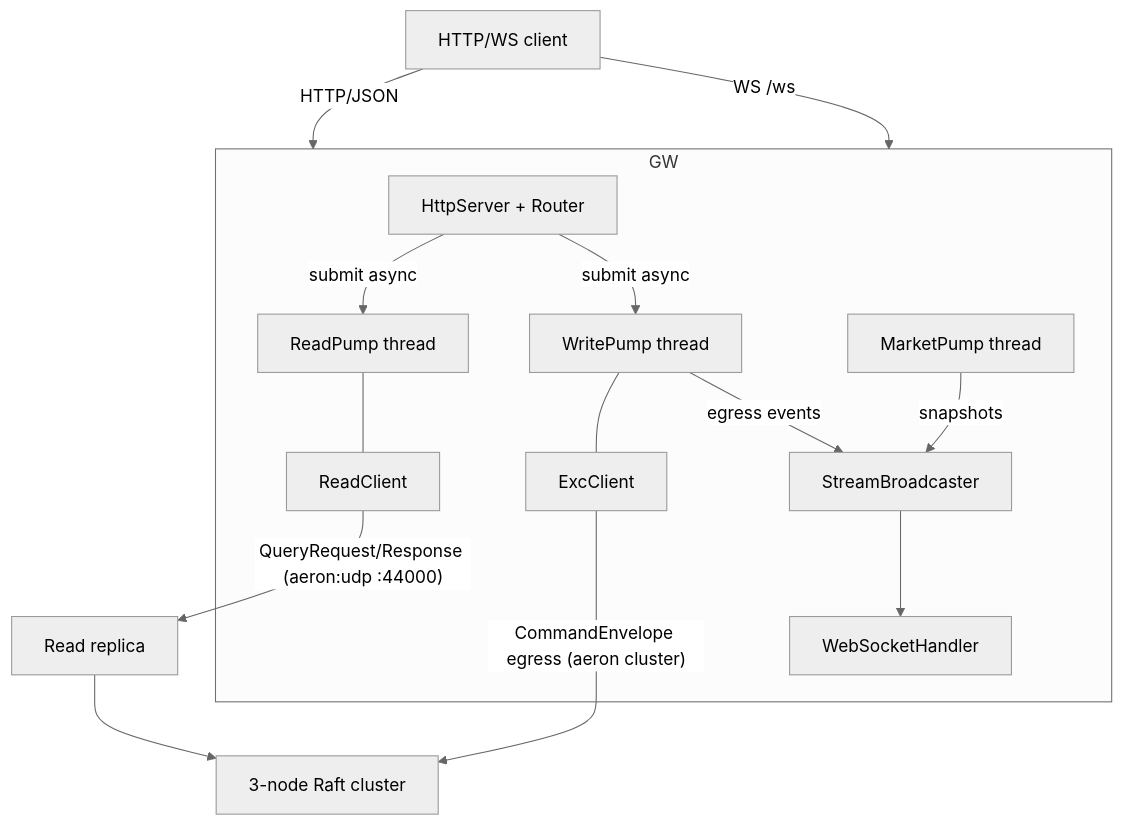
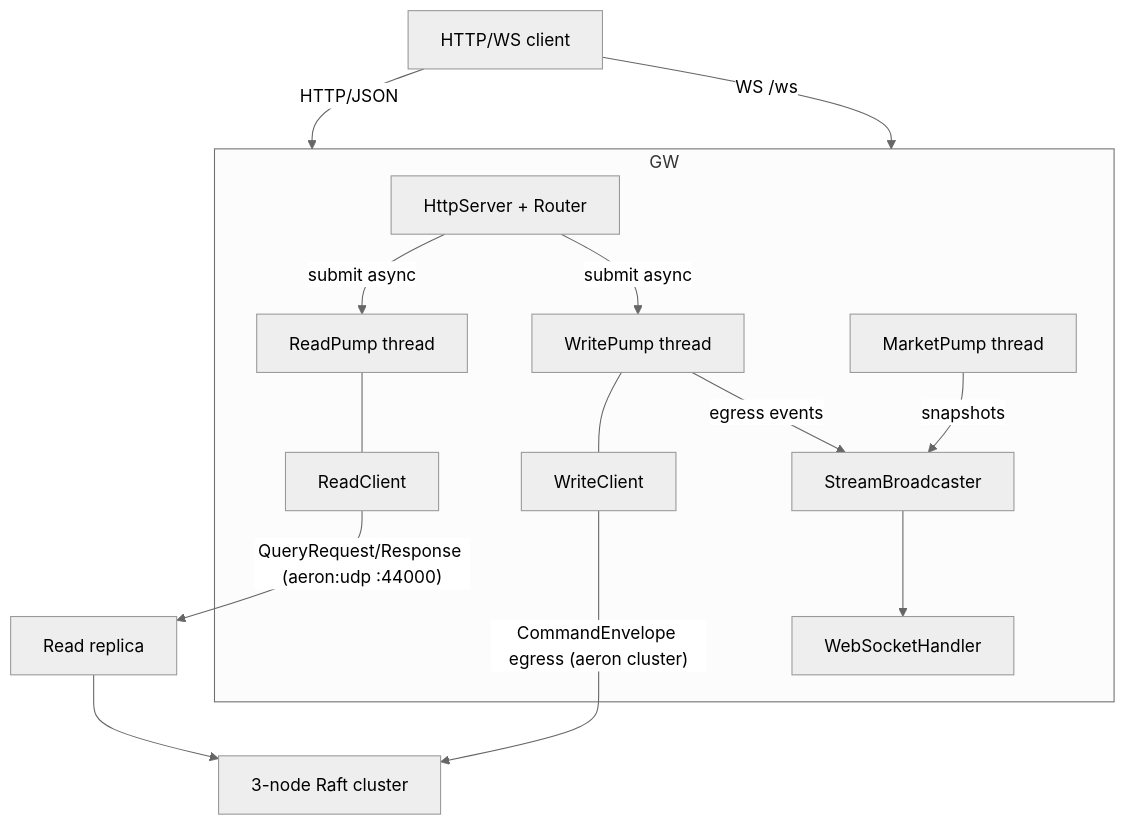
One commit to brianpht/excoredum changed the first of 2 diagrams in docs/GATEWAY.md. Above: the diagram before and after it, drawn with Mermaid (neutral theme). The commit also changed other lines of this file and 60 other files, not shown here.

````diff
--- a/docs/GATEWAY.md
+++ b/docs/GATEWAY.md
@@ -33,21 +33,21 @@
 ```mermaid
 flowchart TB
     CLI[HTTP/WS client] --HTTP/JSON--> GW[gateway Netty]
     CLI --WS /ws--> GW
     subgraph GW
         HTTP[HttpServer + Router]
         READP[ReadPump thread] --- RC[ReadClient]
-        WRITEP[WritePump thread] --- WC[ExcClient]
+        WRITEP[WritePump thread] --- WC[WriteClient]
         WS[WebSocketHandler]
         BC[StreamBroadcaster]
         MP[MarketPump thread]
         HTTP -->|submit async| READP
         HTTP -->|submit async| WRITEP
         WRITEP -->|egress events| BC
         MP -->|snapshots| BC
         BC --> WS
     end
     RC --QueryRequest/Response (aeron:udp :44000)--> REP[Read replica]
     WC --CommandEnvelope egress (aeron cluster)--> CL[3-node Raft cluster]
     REP --> CL
 ```
````
